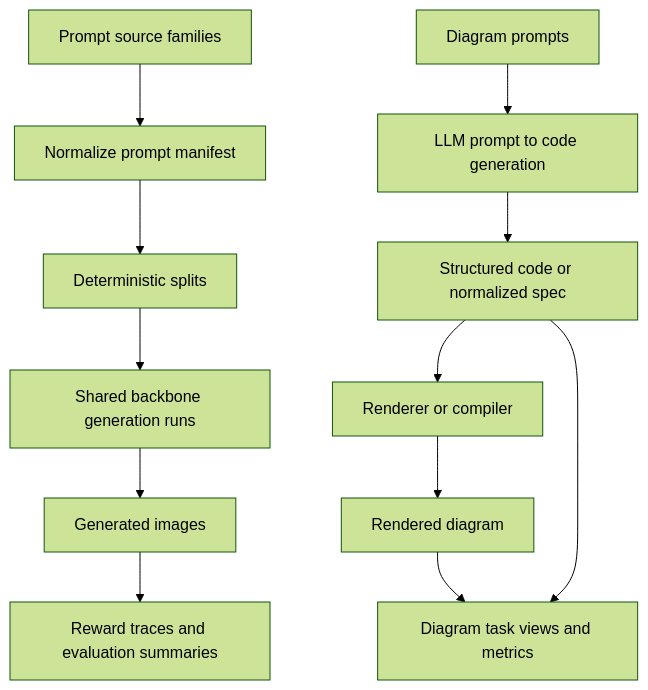
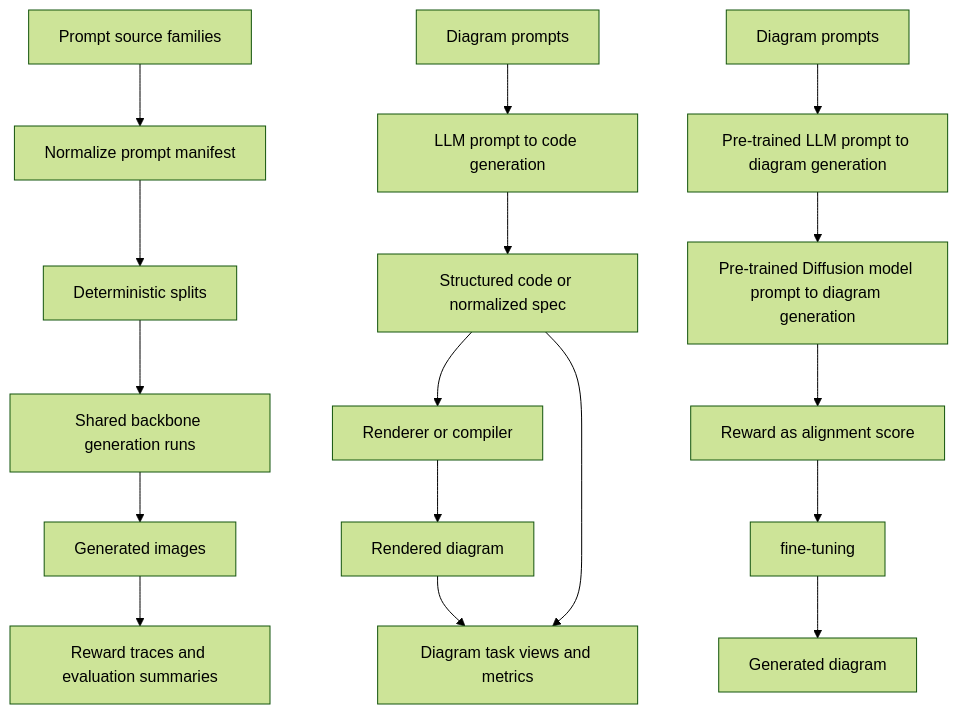
One commit to amuraddd/clover changed the diagram in .copilot-tracking/research/2026-06-14/data-strategy-research.md. Above: the diagram before and after it, drawn with Mermaid (forest theme). The commit also changed 4 other files, not shown here.

````diff
--- a/.copilot-tracking/research/2026-06-14/data-strategy-research.md
+++ b/.copilot-tracking/research/2026-06-14/data-strategy-research.md
@@ -273,15 +273,21 @@
 ```mermaid
 flowchart TD
   A[Prompt source families] --> B[Normalize prompt manifest]
   B --> C[Deterministic splits]
   C --> D[Shared backbone generation runs]
   D --> E[Generated images]
   E --> F[Reward traces and evaluation summaries]
 
   G[Diagram prompts] --> H[LLM prompt to code generation]
   H --> I[Structured code or normalized spec]
   I --> J[Renderer or compiler]
   J --> K[Rendered diagram]
   K --> L[Diagram task views and metrics]
   I --> L
+
+  M[Diagram prompts] --> N[Pre-trained LLM prompt to diagram generation]
+  N --> O[Pre-trained Diffusion model prompt to diagram generation]
+  O --> P[Reward as alignment score]
+  P --> Q[fine-tuning]
+  Q --> R[Generated diagram]
 ```
````
